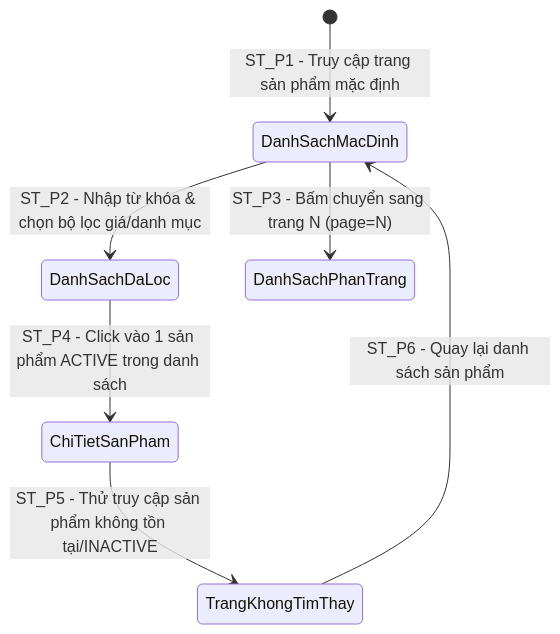
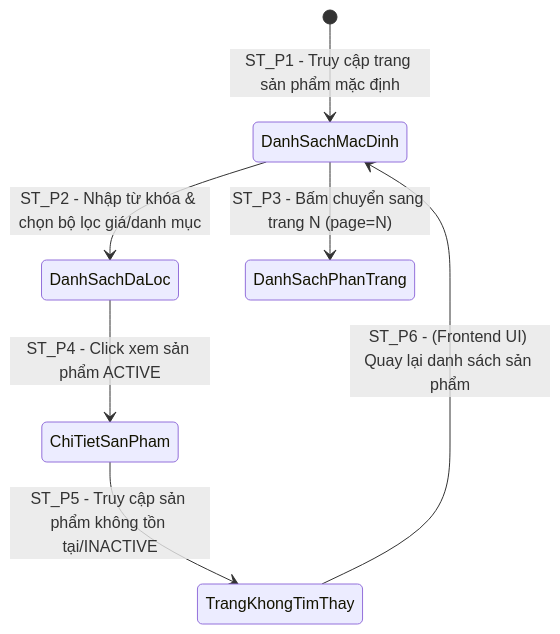
One commit to truongduoc1512/Testing changed the diagram in docs/test_cases/black_box/product_search_pagination/README.md. Above: the diagram before and after it, drawn with Mermaid. The commit also changed other lines of this file and 1 other file, not shown here.

````diff
--- a/docs/test_cases/black_box/product_search_pagination/README.md
+++ b/docs/test_cases/black_box/product_search_pagination/README.md
@@ -143,9 +137,9 @@
 ```mermaid
 stateDiagram-v2
     [*] --> DanhSachMacDinh : ST_P1 - Truy cập trang sản phẩm mặc định
     DanhSachMacDinh --> DanhSachDaLoc : ST_P2 - Nhập từ khóa & chọn bộ lọc giá/danh mục
     DanhSachMacDinh --> DanhSachPhanTrang : ST_P3 - Bấm chuyển sang trang N (page=N)
-    DanhSachDaLoc --> ChiTietSanPham : ST_P4 - Click vào 1 sản phẩm ACTIVE trong danh sách
-    ChiTietSanPham --> TrangKhongTimThay : ST_P5 - Thử truy cập sản phẩm không tồn tại/INACTIVE
-    TrangKhongTimThay --> DanhSachMacDinh : ST_P6 - Quay lại danh sách sản phẩm
+    DanhSachDaLoc --> ChiTietSanPham : ST_P4 - Click xem sản phẩm ACTIVE
+    ChiTietSanPham --> TrangKhongTimThay : ST_P5 - Truy cập sản phẩm không tồn tại/INACTIVE
+    TrangKhongTimThay --> DanhSachMacDinh : ST_P6 - (Frontend UI) Quay lại danh sách sản phẩm
 ```
````
